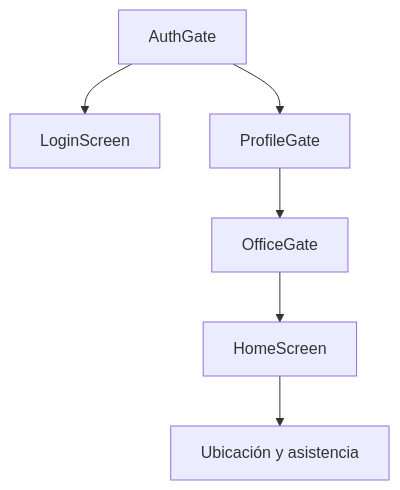
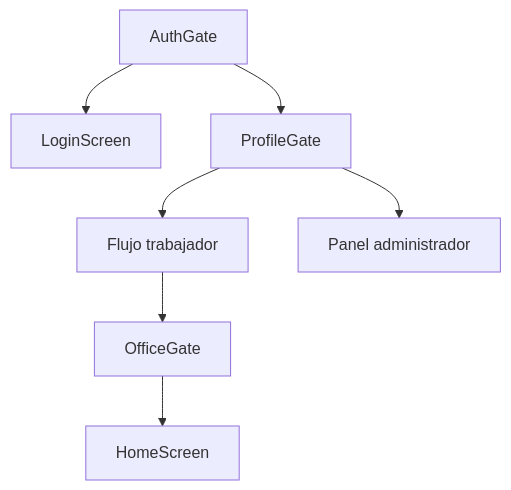
Before and after one commit to 2023141028-maker/control_asistencia: the first of 2 diagrams in docs/03-matriz-pantalla-dato-consulta.md, drawn with Mermaid. The commit also changed other lines of this file and 25 other files, not shown here.

````diff
--- a/docs/03-matriz-pantalla-dato-consulta.md
+++ b/docs/03-matriz-pantalla-dato-consulta.md
@@ -19,8 +19,9 @@
 ```mermaid
 flowchart TD
     A[AuthGate] --> B[LoginScreen]
     A --> C[ProfileGate]
-    C --> D[OfficeGate]
-    D --> E[HomeScreen]
-    E --> F[Ubicación y asistencia]
+    C --> D[Flujo trabajador]
+    C --> G[Panel administrador]
+    D --> E[OfficeGate]
+    E --> F[HomeScreen]
 ```
````
